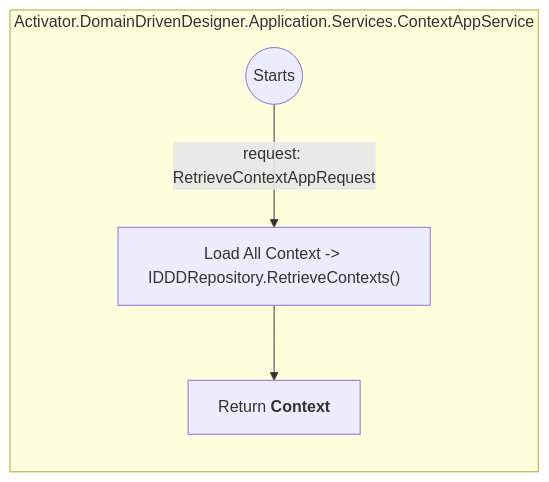
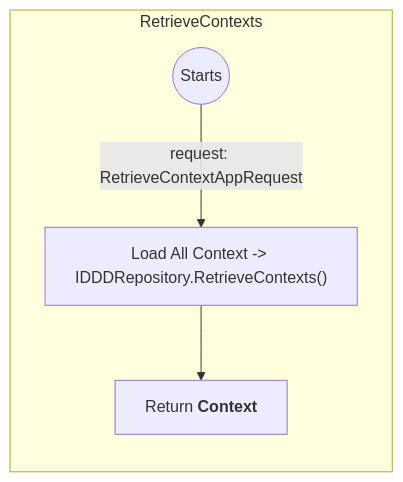
Before and after one commit to sdlfly2000/DomainBasedDesigner: the first of 3 diagrams in AI/Actions/ContextAppService.md, drawn with Mermaid. The commit also changed other lines of this file and 8 other files, not shown here.

Commit message:
Context Retrieve to Controller

````diff
--- a/AI/Actions/ContextAppService.md
+++ b/AI/Actions/ContextAppService.md
@@ -24,9 +24,9 @@
     ```mermaid
         graph TB
-            subgraph main [Activator.DomainDrivenDesigner.Application.Services.ContextAppService]
+            subgraph main [RetrieveContexts]
                 direction TB
                 start(("Start"s)) -->
                 |request: RetrieveContextAppRequest| loadAllContext["Load All Context -> IDDDRepository.RetrieveContexts()"] -->
                 return["`Return **Context**`"]
             end
     ```
````
